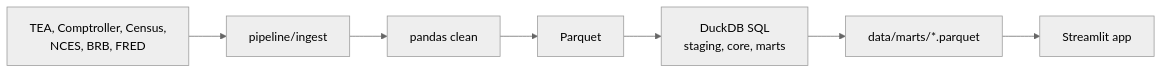
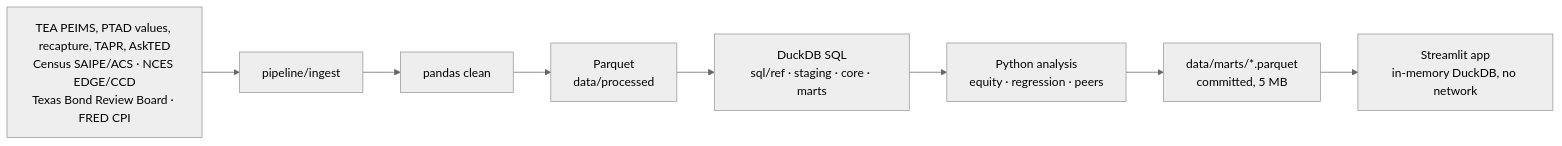
Before and after one commit to keithloboprabhu-cmd/texas-school-finance: the diagram in README.md, drawn with Mermaid (neutral theme). The commit also changed other lines of this file and 6 other files, not shown here.

````diff
--- a/README.md
+++ b/README.md
@@ -17,9 +97,10 @@
 ```mermaid
 flowchart LR
-  A[TEA, Comptroller, Census,<br>NCES, BRB, FRED] --> B[pipeline/ingest]
+  A[TEA PEIMS, PTAD values, recapture, TAPR, AskTED<br>Census SAIPE/ACS · NCES EDGE/CCD<br>Texas Bond Review Board · FRED CPI] --> B[pipeline/ingest]
   B --> C[pandas clean]
-  C --> D[Parquet]
-  D --> E[DuckDB SQL<br>staging, core, marts]
-  E --> F[data/marts/*.parquet]
-  F --> G[Streamlit app]
+  C --> D[Parquet<br>data/processed]
+  D --> E[DuckDB SQL<br>sql/ref · staging · core · marts]
+  E --> F[Python analysis<br>equity · regression · peers]
+  F --> G[data/marts/*.parquet<br>committed, 5 MB]
+  G --> H[Streamlit app<br>in-memory DuckDB, no network]
 ```
````
